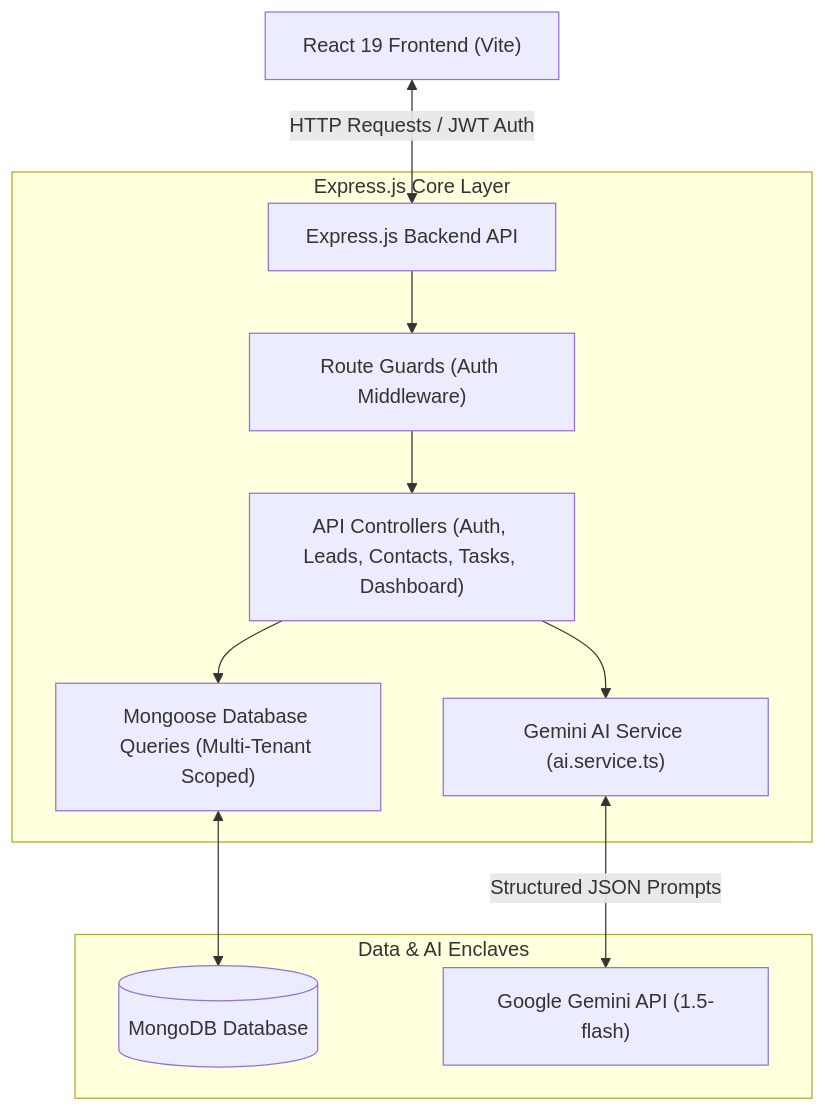
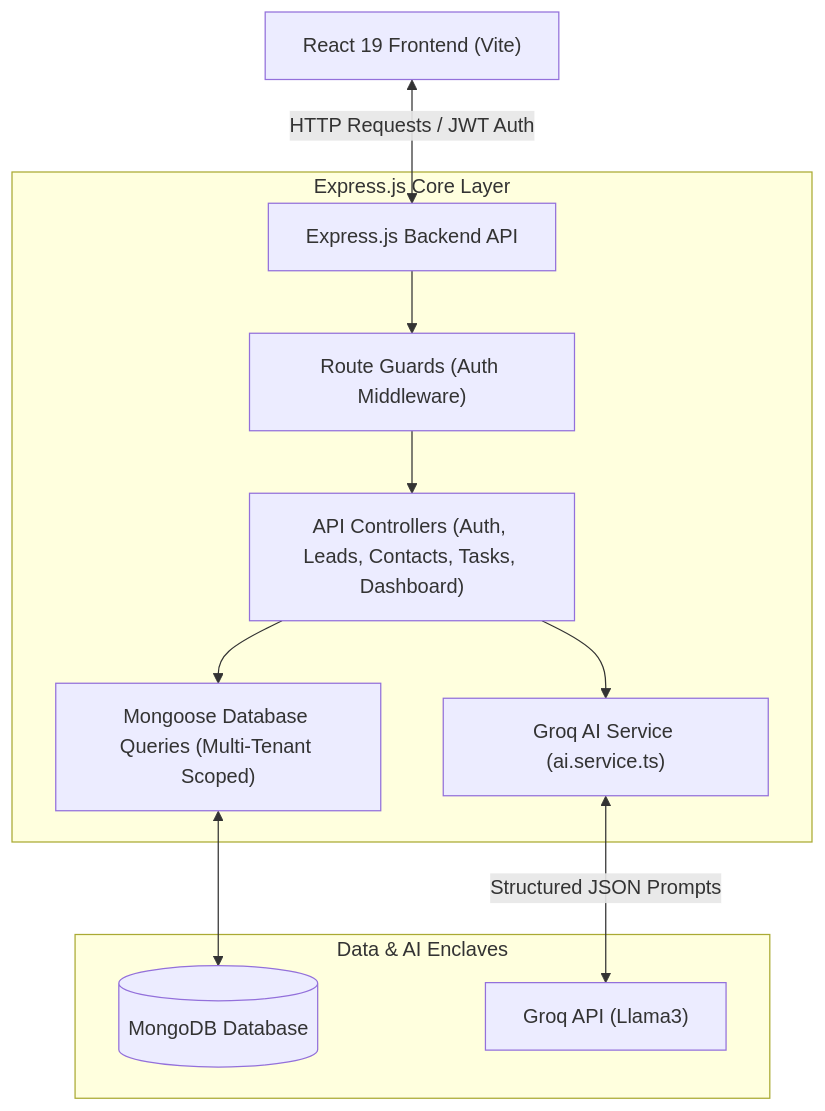
One commit to ARUNAGIRINATHAN-K/ai-crm-dashboard changed the diagram in README.md. Above: the diagram before and after it, drawn with Mermaid. The commit also changed other lines of this file and 15 other files, not shown here.

````diff
--- a/README.md
+++ b/README.md
@@ -19,17 +64,17 @@
 ```mermaid
 graph TD
     Client["React 19 Frontend (Vite)"] <--> |HTTP Requests / JWT Auth| API["Express.js Backend API"]
     
     subgraph Backend ["Express.js Core Layer"]
         API --> AuthGuard["Route Guards (Auth Middleware)"]
         AuthGuard --> Controllers["API Controllers (Auth, Leads, Contacts, Tasks, Dashboard)"]
         
         Controllers --> DBQuery["Mongoose Database Queries (Multi-Tenant Scoped)"]
-        Controllers --> AIService["Gemini AI Service (ai.service.ts)"]
+        Controllers --> AIService["Groq AI Service (ai.service.ts)"]
     end
     
     subgraph DataStorage ["Data & AI Enclaves"]
         DBQuery <--> MongoDB[("MongoDB Database")]
-        AIService <--> |Structured JSON Prompts| Gemini["Google Gemini API (1.5-flash)"]
+        AIService <--> |Structured JSON Prompts| Groq["Groq API (Llama3)"]
     end
 ```
````
